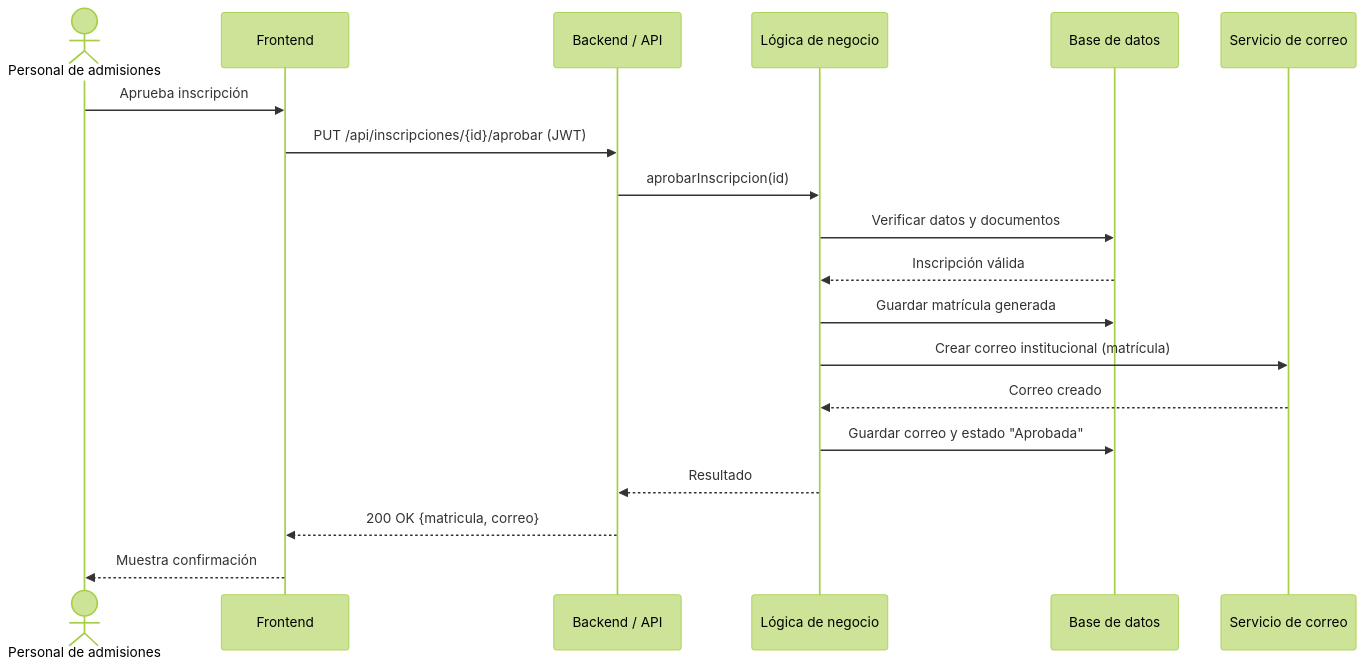
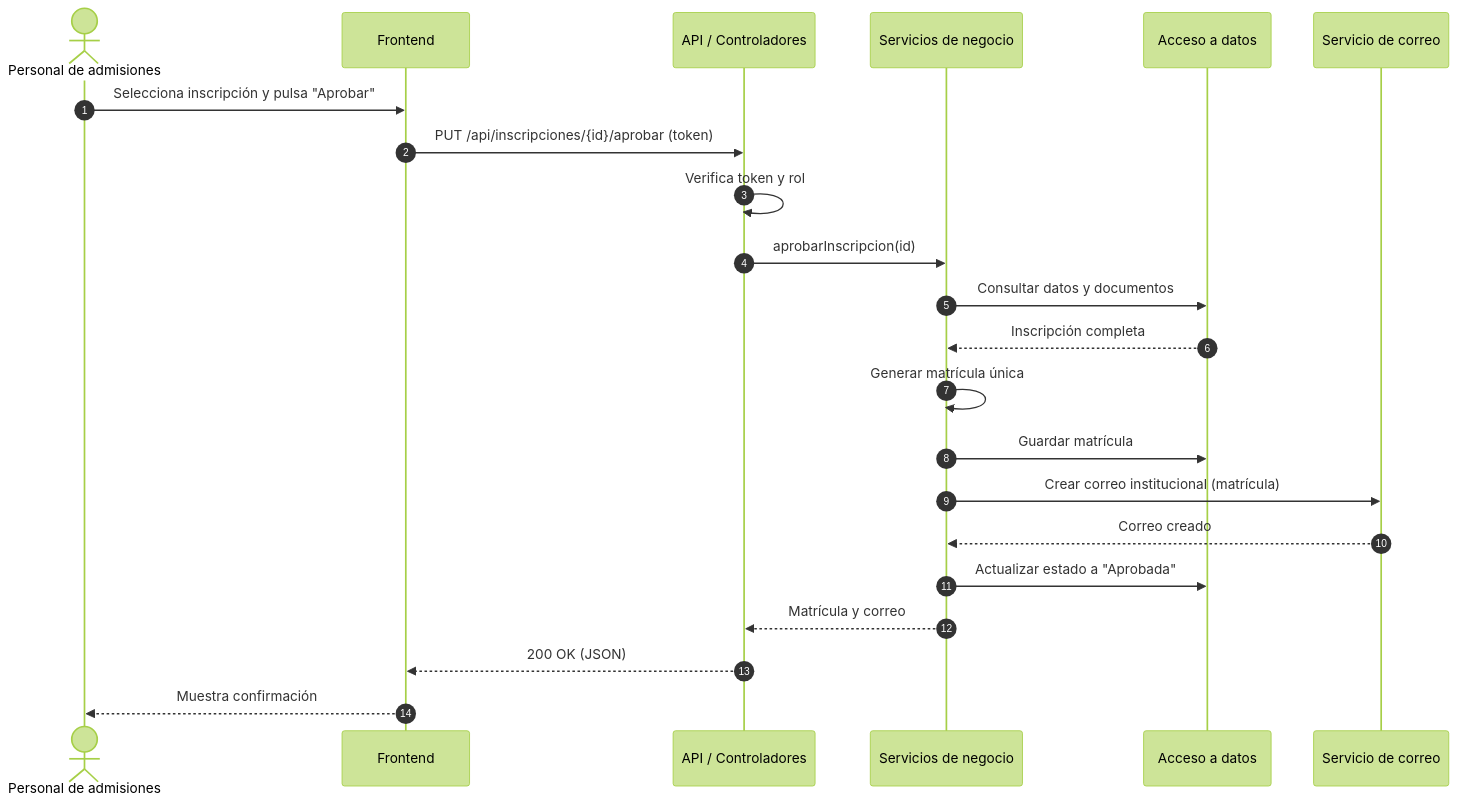
The third of 4 diagrams in docs/02-modelos-uml.md (raas03/SistemaAcademico), drawn with Mermaid (forest theme) before and after one commit. The commit also changed other lines of this file and 2 other files, not shown here.

Commit message:
docs: alinear modelos UML, componentes y registro de cambios con las entregas

````diff
--- a/docs/02-modelos-uml.md
+++ b/docs/02-modelos-uml.md
@@ -95,22 +111,24 @@
 ```mermaid
 sequenceDiagram
-    actor P as Personal de admisiones
+    autonumber
+    actor A as Personal de admisiones
     participant FE as Frontend
-    participant API as Backend / API
-    participant BL as Lógica de negocio
-    participant DB as Base de datos
+    participant API as API / Controladores
+    participant SN as Servicios de negocio
+    participant AD as Acceso a datos
     participant MAIL as Servicio de correo
-
-    P->>FE: Aprueba inscripción
-    FE->>API: PUT /api/inscripciones/{id}/aprobar (JWT)
-    API->>BL: aprobarInscripcion(id)
-    BL->>DB: Verificar datos y documentos
-    DB-->>BL: Inscripción válida
-    BL->>DB: Guardar matrícula generada
-    BL->>MAIL: Crear correo institucional (matrícula)
-    MAIL-->>BL: Correo creado
-    BL->>DB: Guardar correo y estado "Aprobada"
-    BL-->>API: Resultado
-    API-->>FE: 200 OK {matricula, correo}
-    FE-->>P: Muestra confirmación
+    A->>FE: Selecciona inscripción y pulsa "Aprobar"
+    FE->>API: PUT /api/inscripciones/{id}/aprobar (token)
+    API->>API: Verifica token y rol
+    API->>SN: aprobarInscripcion(id)
+    SN->>AD: Consultar datos y documentos
+    AD-->>SN: Inscripción completa
+    SN->>SN: Generar matrícula única
+    SN->>AD: Guardar matrícula
+    SN->>MAIL: Crear correo institucional (matrícula)
+    MAIL-->>SN: Correo creado
+    SN->>AD: Actualizar estado a "Aprobada"
+    SN-->>API: Matrícula y correo
+    API-->>FE: 200 OK (JSON)
+    FE-->>A: Muestra confirmación
 ```
````
